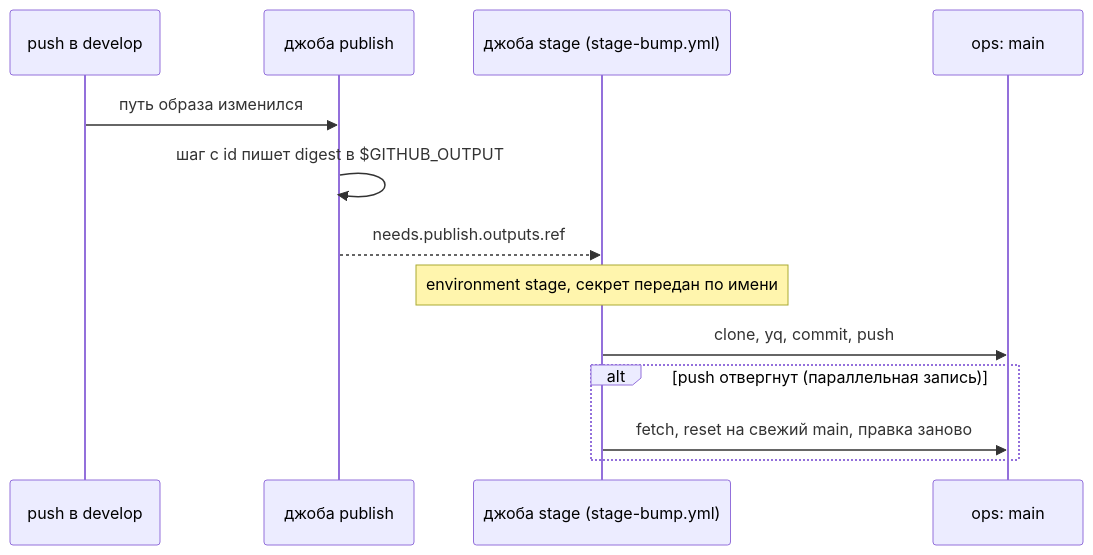
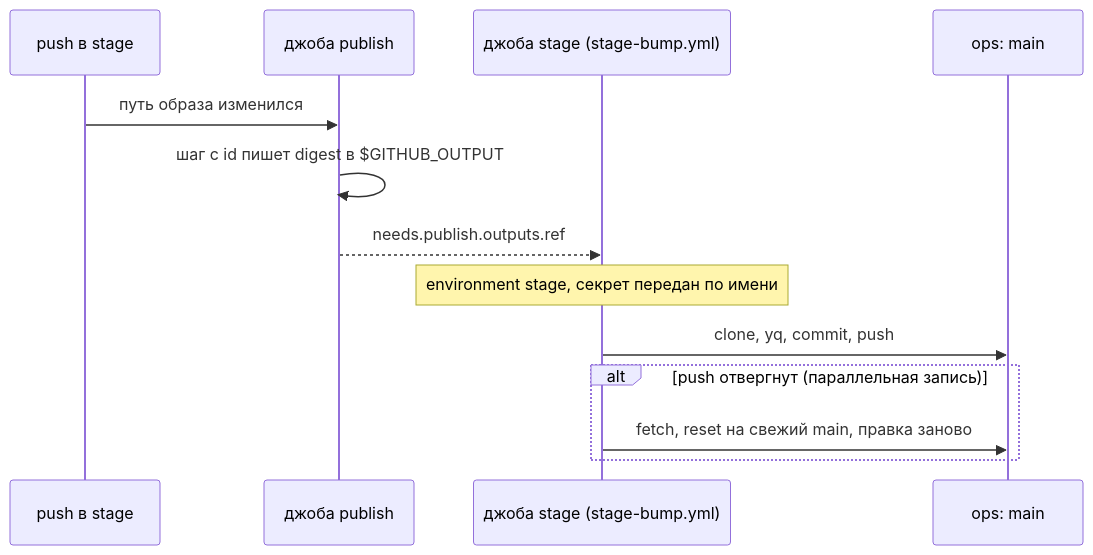
The diagram in docs/learning/github-actions/reusable-workflows.md (Solguficky/solguficky-hub), drawn with Mermaid before and after one commit. The commit also changed 14 other files, not shown here.

Commit message:
ci: Publish stage from a stage branch synced nightly from develop

````diff
--- a/docs/learning/github-actions/reusable-workflows.md
+++ b/docs/learning/github-actions/reusable-workflows.md
@@ -126,15 +126,15 @@
 ```mermaid
 sequenceDiagram
-    participant D as push в develop
+    participant D as push в stage
     participant P as джоба publish
     participant S as джоба stage (stage-bump.yml)
     participant O as ops: main
     D->>P: путь образа изменился
     P->>P: шаг с id пишет digest в $GITHUB_OUTPUT
     P-->>S: needs.publish.outputs.ref
     Note over S: environment stage, секрет передан по имени
     S->>O: clone, yq, commit, push
     alt push отвергнут (параллельная запись)
         S->>O: fetch, reset на свежий main, правка заново
     end
 ```
````
